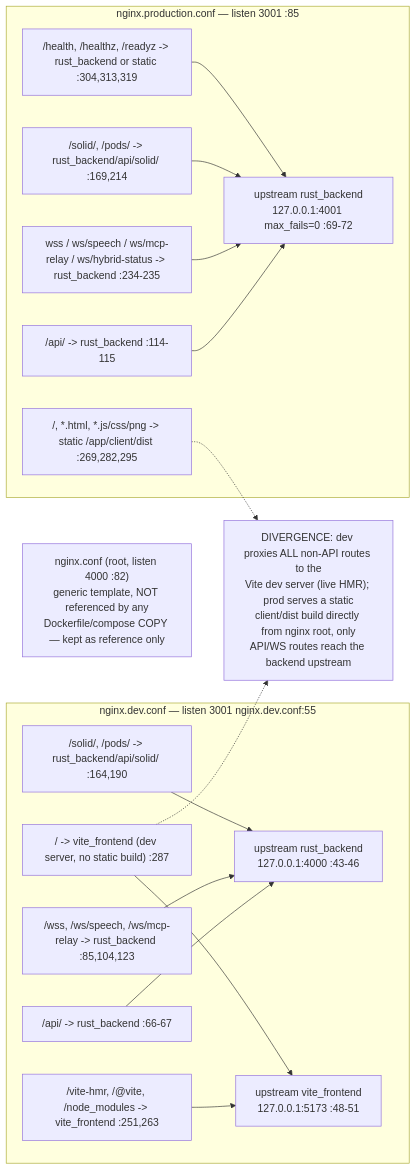
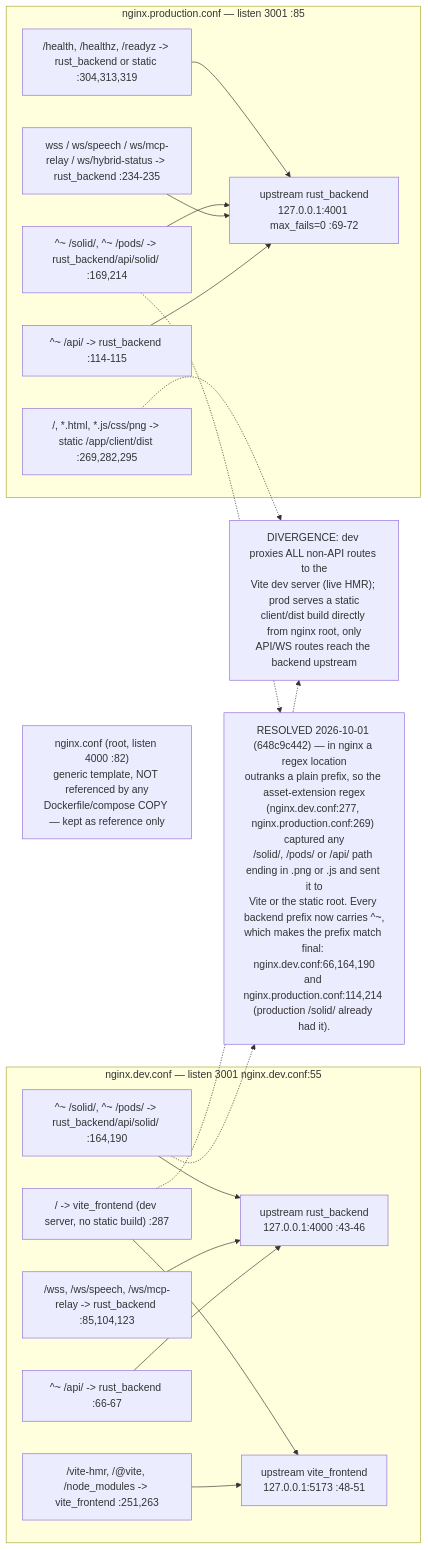
Before and after one commit to DreamLab-AI/VisionFlow: the ninth of 23 diagrams in docs/diagrams/estate/09-build-deploy-and-ci-estate.md, drawn with Mermaid. The commit also changed other lines of this file and 94 other files, not shown here.

First line of the commit message:
docs(diagrams): re-verify 130 topics against 2 October HEADs

````diff
--- a/docs/diagrams/estate/09-build-deploy-and-ci-estate.md
+++ b/docs/diagrams/estate/09-build-deploy-and-ci-estate.md
@@ -307,35 +309,39 @@
 ```mermaid
 flowchart LR
     subgraph DEVNGINX["nginx.dev.conf — listen 3001 nginx.dev.conf:55"]
         DUPRUST["upstream rust_backend<br/>127.0.0.1:4000 :43-46"]
         DUPVITE["upstream vite_frontend<br/>127.0.0.1:5173 :48-51"]
-        DAPI["/api/ -> rust_backend :66-67"]
+        DAPI["^~ /api/ -> rust_backend :66-67"]
         DWSS["/wss, /ws/speech, /ws/mcp-relay -> rust_backend :85,104,123"]
-        DSOLID["/solid/, /pods/ -> rust_backend/api/solid/ :164,190"]
+        DSOLID["^~ /solid/, ^~ /pods/ -> rust_backend/api/solid/ :164,190"]
         DHMR["/vite-hmr, /@vite, /node_modules -> vite_frontend :251,263"]
         DROOT["/ -> vite_frontend (dev server, no static build) :287"]
     end
     subgraph PRODNGINX["nginx.production.conf — listen 3001 :85"]
         PUPRUST["upstream rust_backend<br/>127.0.0.1:4001 max_fails=0 :69-72"]
-        PAPI["/api/ -> rust_backend :114-115"]
+        PAPI["^~ /api/ -> rust_backend :114-115"]
         PWS["wss / ws/speech / ws/mcp-relay / ws/hybrid-status -> rust_backend :234-235"]
-        PSOLID["/solid/, /pods/ -> rust_backend/api/solid/ :169,214"]
+        PSOLID["^~ /solid/, ^~ /pods/ -> rust_backend/api/solid/ :169,214"]
         PSTATIC["/, *.html, *.js/css/png -> static /app/client/dist :269,282,295"]
         PHEALTH["/health, /healthz, /readyz -> rust_backend or static :304,313,319"]
     end
     LEGACY["nginx.conf (root, listen 4000 :82)<br/>generic template, NOT referenced by any<br/>Dockerfile/compose COPY — kept as reference only"]
 
     DAPI --> DUPRUST
     DWSS --> DUPRUST
     DSOLID --> DUPRUST
     DHMR --> DUPVITE
     DROOT --> DUPVITE
     PAPI --> PUPRUST
     PWS --> PUPRUST
     PSOLID --> PUPRUST
     PHEALTH --> PUPRUST
 
     DIVNOTE["DIVERGENCE: dev proxies ALL non-API routes to the<br/>Vite dev server (live HMR); prod serves a static<br/>client/dist build directly from nginx root, only<br/>API/WS routes reach the backend upstream"]
     DROOT -.-> DIVNOTE
     PSTATIC -.-> DIVNOTE
+
+    PRECED["RESOLVED 2026-10-01 (648c9c442) — in nginx a regex location<br/>outranks a plain prefix, so the asset-extension regex<br/>(nginx.dev.conf:277, nginx.production.conf:269) captured any<br/>/solid/, /pods/ or /api/ path ending in .png or .js and sent it to<br/>Vite or the static root. Every backend prefix now carries ^~,<br/>which makes the prefix match final: nginx.dev.conf:66,164,190<br/>and nginx.production.conf:114,214 (production /solid/ already had it)."]
+    DSOLID -.-> PRECED
+    PSOLID -.-> PRECED
 ```
````
